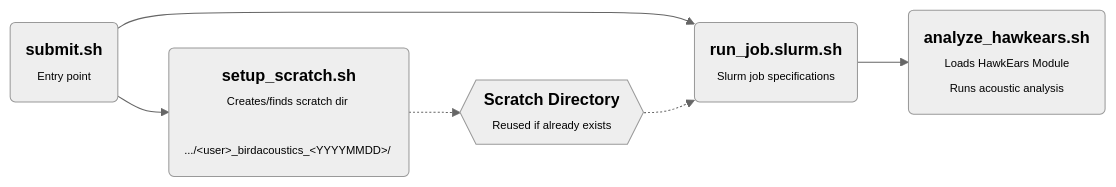
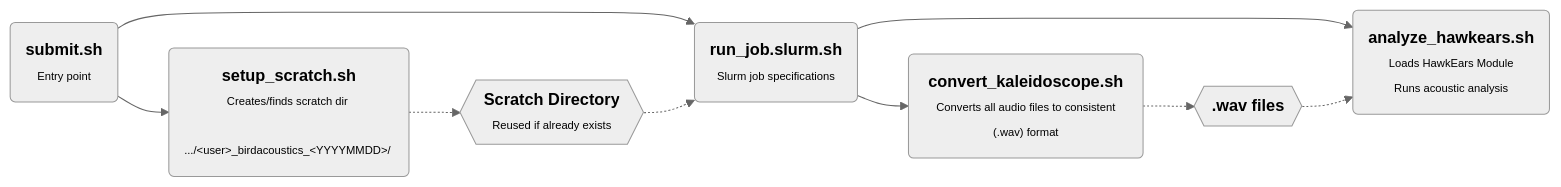
Before and after one commit to SamLokanc/birdacoustics: the diagram in README.md, drawn with Mermaid (neutral theme). The commit also changed other lines of this file, not shown here.

````diff
--- a/README.md
+++ b/README.md
@@ -13,19 +14,25 @@
 ```mermaid
 flowchart LR
     A("`**submit.sh**
     <span style='font-size: 11px;'>Entry point</span>`")
     B("`**setup_scratch.sh**
     <span style='font-size: 11px;'>Creates/finds scratch dir </br> .../&ltuser&gt\_birdacoustics\_&ltYYYYMMDD&gt/ </span>`")
     C{{"`**Scratch Directory**
     <span style='font-size: 11px;'> Reused if already exists </span>`"}}
     D("`**run_job.slurm.sh**
     <span style='font-size: 11px;'> Slurm job specifications </span>`")
     E("`**analyze_hawkears.sh**
     <span style='font-size: 11px;'> Loads HawkEars Module </br> Runs acoustic analysis</span>`")
+    F("`**convert_kaleidoscope.sh**
+    <span style='font-size: 11px;'> Converts all audio files to consistent (.wav) format</span>`")
+    G{{"`**.wav files**`"}}
 
     A --> B 
     A --> D
     B -.-> C
     C -.-> D
     D --> E
+    D --> F
+    F -.-> G
+    G -.-> E
 ```
````
